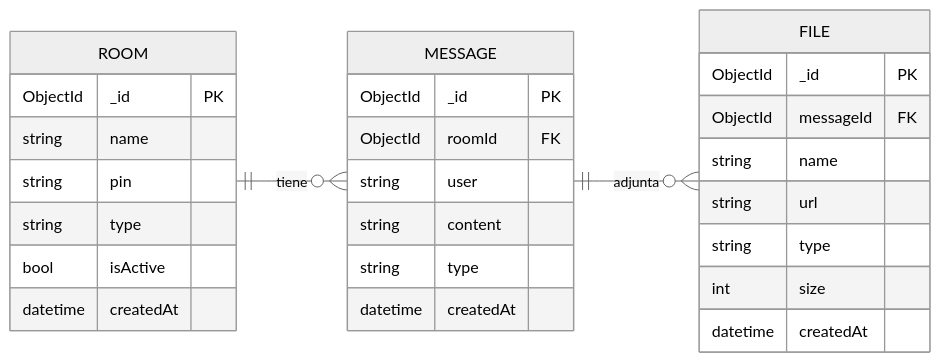
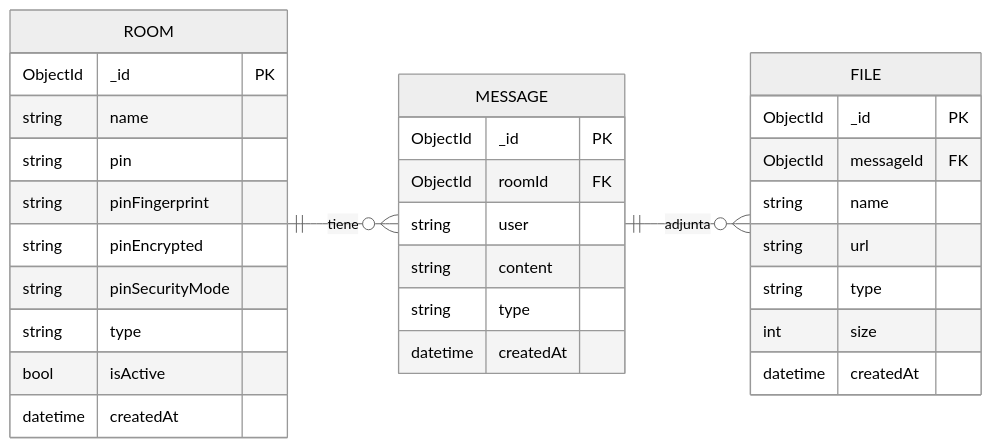
One commit to JulioViche/realtime-chat-websockets changed the diagram in docs/datamodel/datamodel.md. Above: the diagram before and after it, drawn with Mermaid (neutral theme). The commit also changed other lines of this file and 41 other files, not shown here.

````diff
--- a/docs/datamodel/datamodel.md
+++ b/docs/datamodel/datamodel.md
@@ -48,33 +51,36 @@
 ```mermaid
 erDiagram
 direction LR
 	ROOM {
 		ObjectId _id PK
 		string name
 		string pin
+		string pinFingerprint
+		string pinEncrypted
+		string pinSecurityMode
 		string type
 		bool isActive
 		datetime createdAt
 	}
 
 	MESSAGE {
 		ObjectId _id PK
 		ObjectId roomId FK
 		string user
 		string content
 		string type
 		datetime createdAt
 	}
 	FILE {
 		ObjectId _id PK
 		ObjectId messageId FK
 		string name
 		string url
 		string type
 		int size
 		datetime createdAt
 	}
 
 	MESSAGE ||--o{ FILE : "adjunta"
 	ROOM ||--o{ MESSAGE : "tiene"
 ```
````
